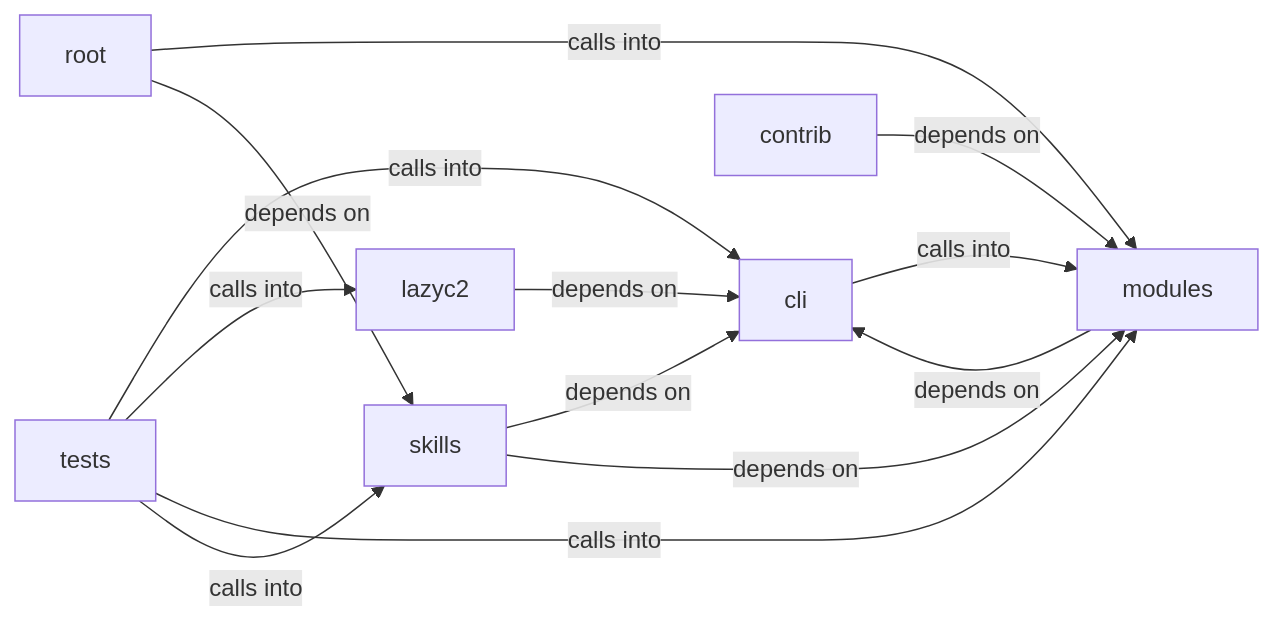
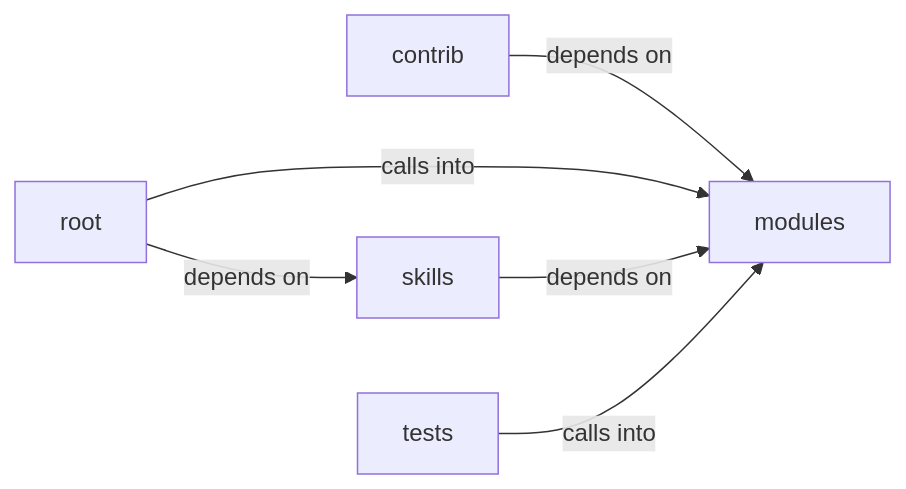
One commit to grisuno/LazyOwn changed the diagram in readmenator-diagrams/skills_claude_md_orchestrator.md. Above: the diagram before and after it, drawn with Mermaid. The commit also changed other lines of this file and 508 other files, not shown here.

````diff
--- a/readmenator-diagrams/skills_claude_md_orchestrator.md
+++ b/readmenator-diagrams/skills_claude_md_orchestrator.md
@@ -5,22 +5,13 @@
 ```mermaid
 graph LR
-    cli["cli"]
     contrib["contrib"]
-    lazyc2["lazyc2"]
     modules["modules"]
     root["root"]
     skills["skills"]
     tests["tests"]
-    cli -- "calls into" --> modules
     contrib -- "depends on" --> modules
-    lazyc2 -- "depends on" --> cli
-    modules -- "depends on" --> cli
     root -- "calls into" --> modules
     root -- "depends on" --> skills
-    skills -- "depends on" --> cli
     skills -- "depends on" --> modules
-    tests -- "calls into" --> cli
-    tests -- "calls into" --> lazyc2
     tests -- "calls into" --> modules
-    tests -- "calls into" --> skills
 ```
````
